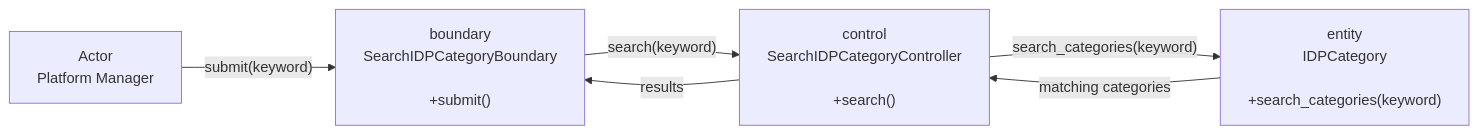
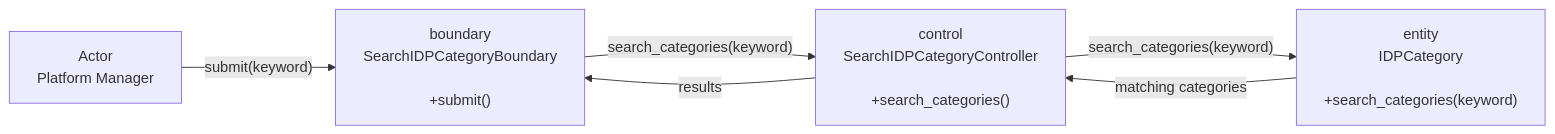
One commit to boyinapuddle/CSIT314-Chinese changed the first of 2 diagrams in diagrams/US43_Search_IDP_Categories/README.md. Above: the diagram before and after it, drawn with Mermaid. The commit also changed other lines of this file and 140 other files, not shown here.

````diff
--- a/diagrams/US43_Search_IDP_Categories/README.md
+++ b/diagrams/US43_Search_IDP_Categories/README.md
@@ -5,12 +5,12 @@
 ```mermaid
 flowchart LR
     N0["Actor<br/>Platform Manager"]
     N1["boundary<br/>SearchIDPCategoryBoundary<br/><br/>+submit()"]
-    N2["control<br/>SearchIDPCategoryController<br/><br/>+search()"]
+    N2["control<br/>SearchIDPCategoryController<br/><br/>+search_categories()"]
     N3["entity<br/>IDPCategory<br/><br/>+search_categories(keyword)"]
     N0 -->|"submit(keyword)"| N1
-    N1 -->|"search(keyword)"| N2
+    N1 -->|"search_categories(keyword)"| N2
     N2 -->|"search_categories(keyword)"| N3
     N3 -->|"matching categories"| N2
     N2 -->|"results"| N1
 ```
````
